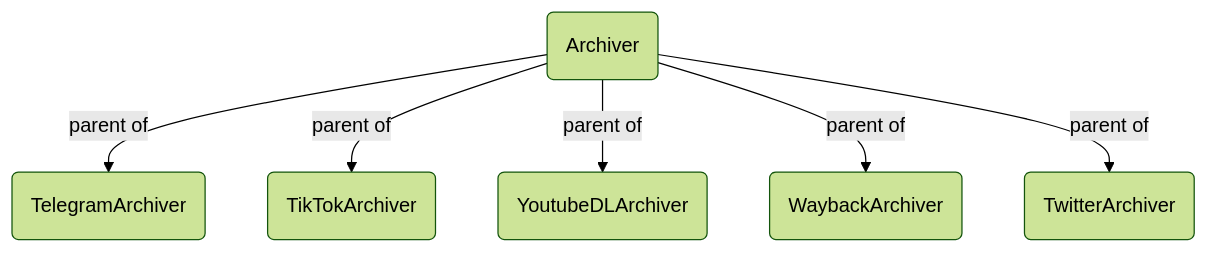
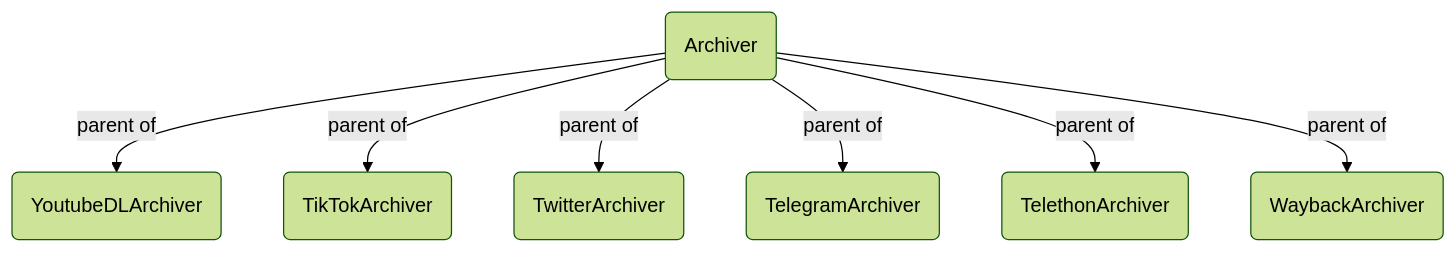
One commit to bellingcat/auto-archiver changed the first of 2 diagrams in README.md. Above: the diagram before and after it, drawn with Mermaid (forest theme). The commit also changed other lines of this file, not shown here.

````diff
--- a/README.md
+++ b/README.md
@@ -89,8 +147,9 @@
 ```mermaid
 graph TD
-    A(Archiver) -->|parent of| B(TelegramArchiver)
+    A(Archiver) -->|parent of| B(YoutubeDLArchiver)
     A -->|parent of| C(TikTokArchiver)
-    A -->|parent of| D(YoutubeDLArchiver)
-    A -->|parent of| E(WaybackArchiver)
-    A -->|parent of| F(TwitterArchiver)
+    A -->|parent of| D(TwitterArchiver)
+    A -->|parent of| E(TelegramArchiver)
+    A -->|parent of| F(TelethonArchiver)
+    A -->|parent of| G(WaybackArchiver)
 ```
````
